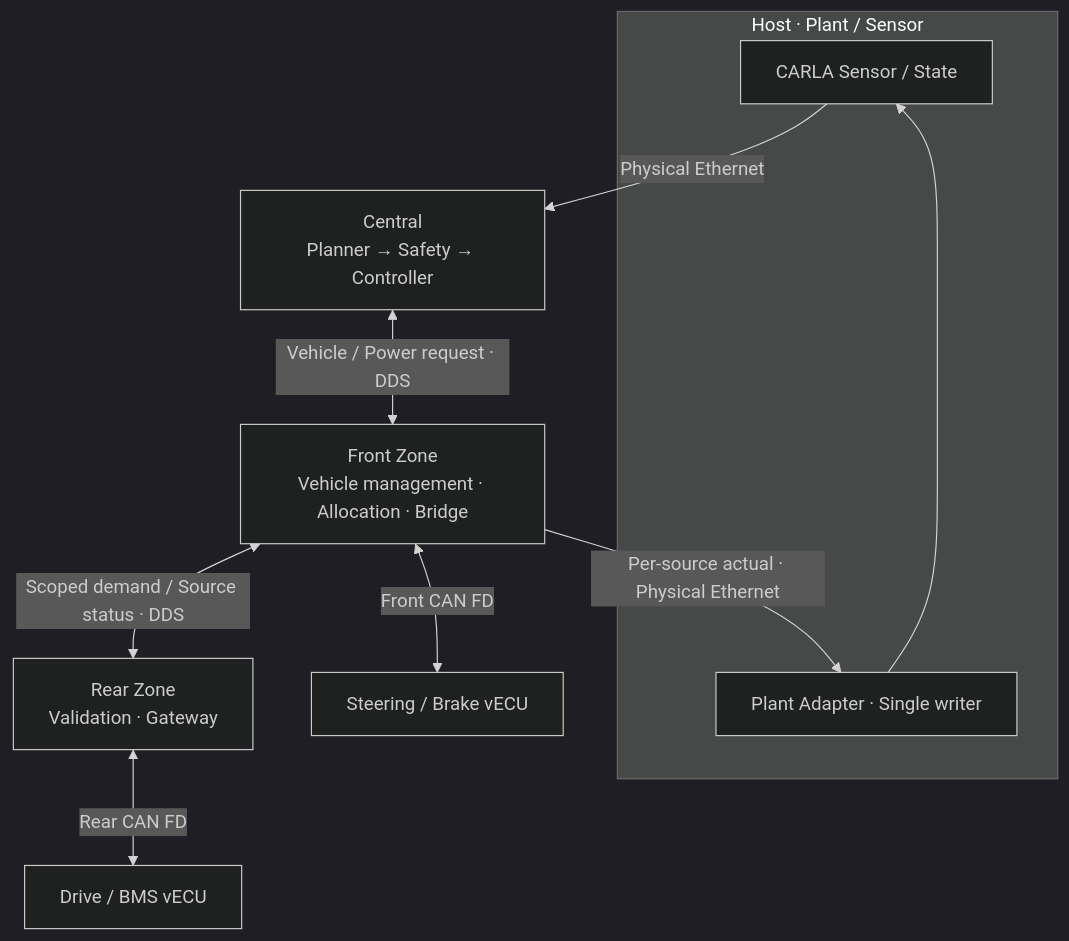
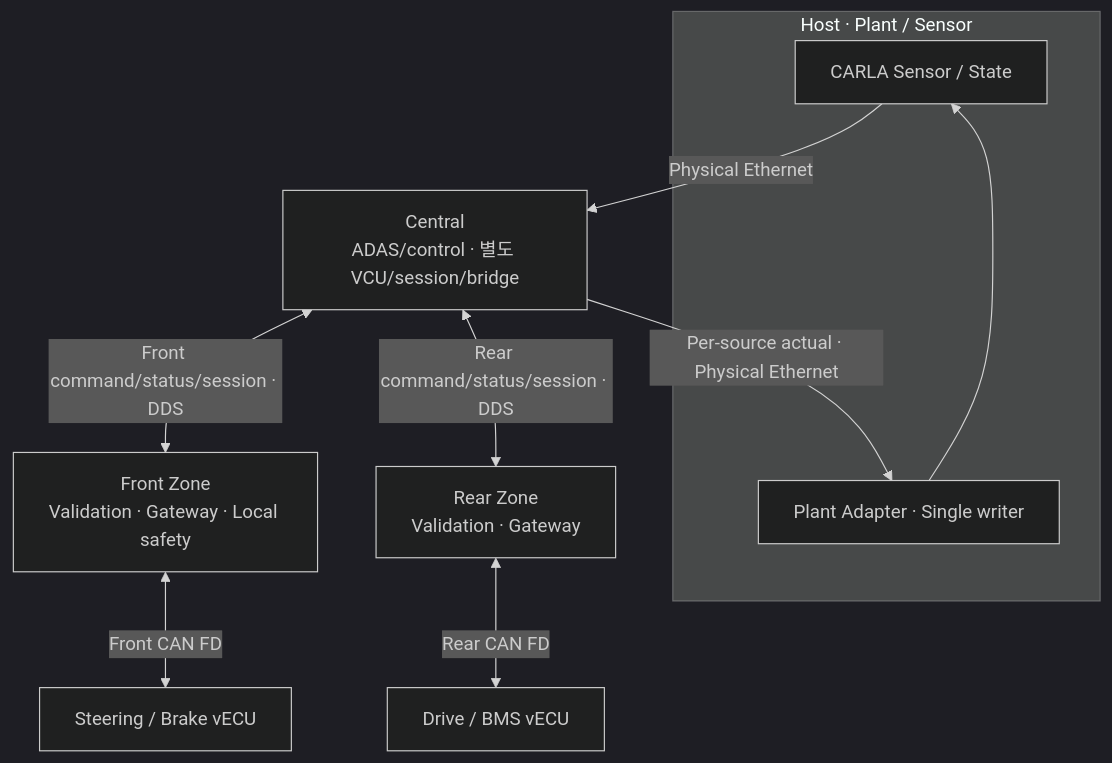
One commit to shinjuyeop/StrataDrive changed the diagram in docs/architecture/system_architecture.md. Above: the diagram before and after it, drawn with Mermaid (dark theme). The commit also changed other lines of this file and 56 other files, not shown here.

````diff
--- a/docs/architecture/system_architecture.md
+++ b/docs/architecture/system_architecture.md
@@ -31,19 +36,19 @@
 ```mermaid
 flowchart TB
   subgraph HOST["Host · Plant / Sensor"]
     SENSOR["CARLA Sensor / State"]
     ADAPTER["Plant Adapter · Single writer"]
     ADAPTER --> SENSOR
   end
-  CENTRAL["Central<br/>Planner → Safety → Controller"]
-  FRONT["Front Zone<br/>Vehicle management · Allocation · Bridge"]
+  CENTRAL["Central<br/>ADAS/control · 별도 VCU/session/bridge"]
+  FRONT["Front Zone<br/>Validation · Gateway · Local safety"]
   REAR["Rear Zone<br/>Validation · Gateway"]
   FL["Steering / Brake vECU"]
   RL["Drive / BMS vECU"]
   SENSOR -->|Physical Ethernet| CENTRAL
-  CENTRAL <-->|Vehicle / Power request · DDS| FRONT
-  FRONT <-->|Scoped demand / Source status · DDS| REAR
+  CENTRAL <-->|Front command/status/session · DDS| FRONT
+  CENTRAL <-->|Rear command/status/session · DDS| REAR
   FRONT <-->|Front CAN FD| FL
   REAR <-->|Rear CAN FD| RL
-  FRONT -->|Per-source actual · Physical Ethernet| ADAPTER
+  CENTRAL -->|Per-source actual · Physical Ethernet| ADAPTER
 ```
````
